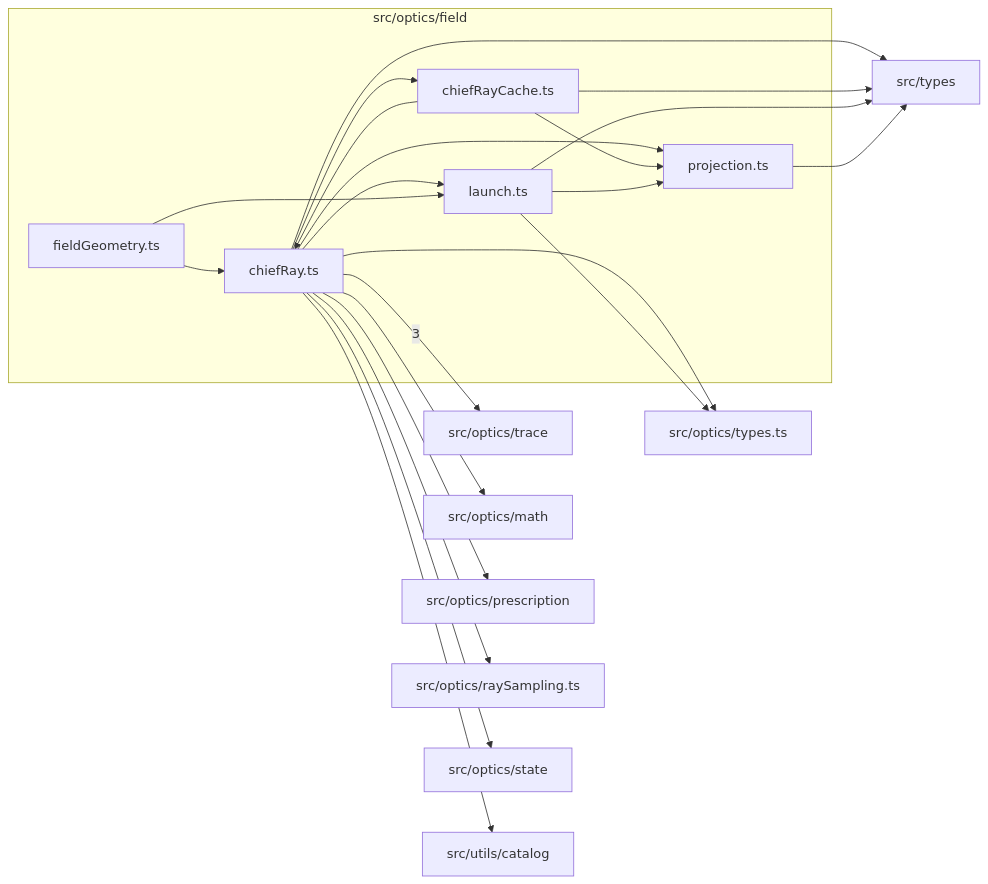
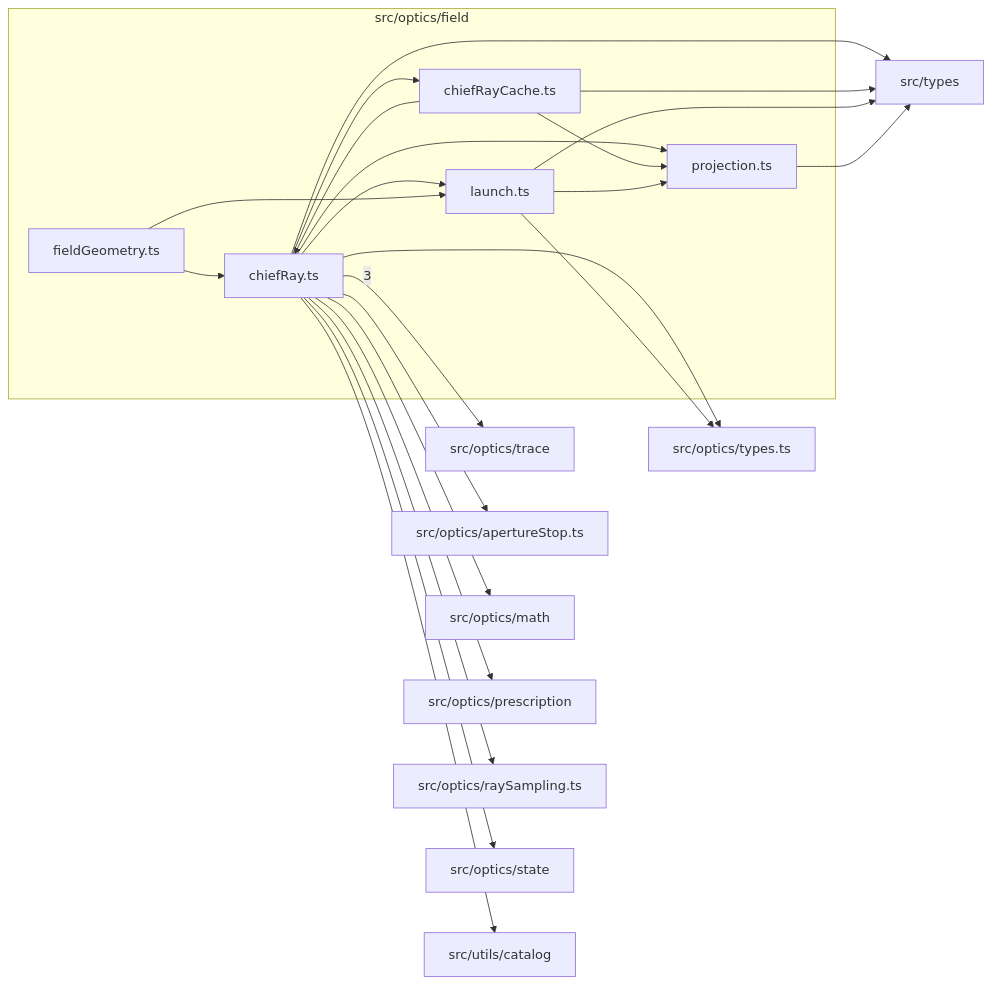
One commit to ronbuening/LensVisualizer changed the diagram in src/optics/field/readme.md. Above: the diagram before and after it, drawn with Mermaid. The commit also changed other lines of this file and 177 other files, not shown here.

First line of the commit message:
Audit the oldest 40 lens diagrams against patents (#704)

````diff
--- a/src/optics/field/readme.md
+++ b/src/optics/field/readme.md
@@ -9,38 +9,40 @@
 ```mermaid
 flowchart LR
   subgraph n_src_optics_field["src/optics/field"]
     n_src_optics_field_src_optics_field_chiefRay_ts["chiefRay.ts"]
     n_src_optics_field_src_optics_field_chiefRayCache_ts["chiefRayCache.ts"]
     n_src_optics_field_src_optics_field_fieldGeometry_ts["fieldGeometry.ts"]
     n_src_optics_field_src_optics_field_launch_ts["launch.ts"]
     n_src_optics_field_src_optics_field_projection_ts["projection.ts"]
   end
   n_external_src_optics_trace["src/optics/trace"]
+  n_external_src_optics_apertureStop_ts["src/optics/apertureStop.ts"]
   n_external_src_optics_math["src/optics/math"]
   n_external_src_optics_prescription["src/optics/prescription"]
   n_external_src_optics_raySampling_ts["src/optics/raySampling.ts"]
   n_external_src_optics_state["src/optics/state"]
   n_external_src_optics_types_ts["src/optics/types.ts"]
   n_external_src_types["src/types"]
   n_external_src_utils_catalog["src/utils/catalog"]
   n_src_optics_field_src_optics_field_chiefRay_ts --> |3| n_external_src_optics_trace
+  n_src_optics_field_src_optics_field_chiefRay_ts --> n_external_src_optics_apertureStop_ts
   n_src_optics_field_src_optics_field_chiefRay_ts --> n_external_src_optics_math
   n_src_optics_field_src_optics_field_chiefRay_ts --> n_external_src_optics_prescription
   n_src_optics_field_src_optics_field_chiefRay_ts --> n_external_src_optics_raySampling_ts
   n_src_optics_field_src_optics_field_chiefRay_ts --> n_external_src_optics_state
   n_src_optics_field_src_optics_field_chiefRay_ts --> n_external_src_optics_types_ts
   n_src_optics_field_src_optics_field_launch_ts --> n_external_src_optics_types_ts
   n_src_optics_field_src_optics_field_chiefRay_ts --> n_external_src_types
   n_src_optics_field_src_optics_field_chiefRayCache_ts --> n_external_src_types
   n_src_optics_field_src_optics_field_launch_ts --> n_external_src_types
   n_src_optics_field_src_optics_field_projection_ts --> n_external_src_types
   n_src_optics_field_src_optics_field_chiefRay_ts --> n_external_src_utils_catalog
   n_src_optics_field_src_optics_field_chiefRayCache_ts --> n_src_optics_field_src_optics_field_chiefRay_ts
   n_src_optics_field_src_optics_field_fieldGeometry_ts --> n_src_optics_field_src_optics_field_chiefRay_ts
   n_src_optics_field_src_optics_field_chiefRay_ts --> n_src_optics_field_src_optics_field_chiefRayCache_ts
   n_src_optics_field_src_optics_field_chiefRay_ts --> n_src_optics_field_src_optics_field_launch_ts
   n_src_optics_field_src_optics_field_fieldGeometry_ts --> n_src_optics_field_src_optics_field_launch_ts
   n_src_optics_field_src_optics_field_chiefRay_ts --> n_src_optics_field_src_optics_field_projection_ts
   n_src_optics_field_src_optics_field_chiefRayCache_ts --> n_src_optics_field_src_optics_field_projection_ts
   n_src_optics_field_src_optics_field_launch_ts --> n_src_optics_field_src_optics_field_projection_ts
 ```
````
